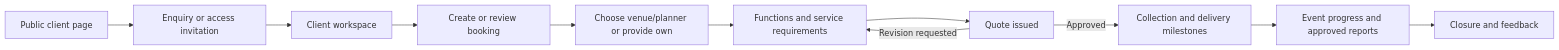
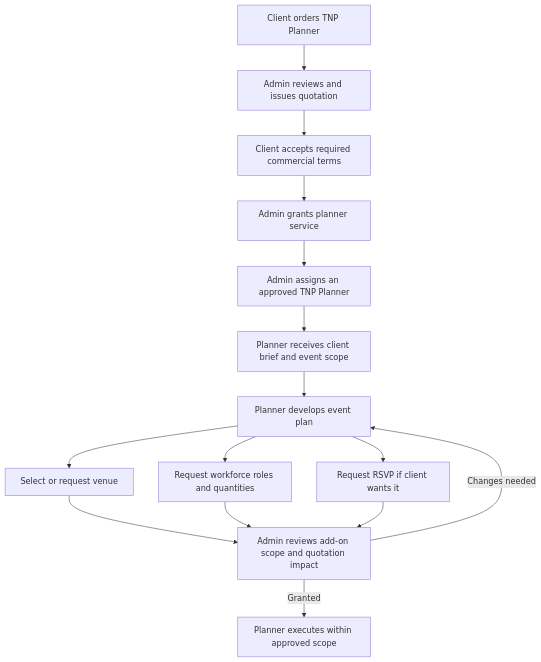
One commit to tejas104/TNP-Hospitality changed the sixth of 12 diagrams in docs/PLATFORM-USAGE-WORKFLOW-BLUEPRINT.md. Above: the diagram before and after it, drawn with Mermaid. The commit also changed other lines of this file and 10 other files, not shown here.

````diff
--- a/docs/PLATFORM-USAGE-WORKFLOW-BLUEPRINT.md
+++ b/docs/PLATFORM-USAGE-WORKFLOW-BLUEPRINT.md
@@ -227,13 +180,17 @@
 ```mermaid
-flowchart LR
-    A[Public client page] --> B[Enquiry or access invitation]
-    B --> C[Client workspace]
-    C --> D[Create or review booking]
-    D --> E[Choose venue/planner or provide own]
-    E --> F[Functions and service requirements]
-    F --> G[Quote issued]
-    G -->|Revision requested| F
-    G -->|Approved| H[Collection and delivery milestones]
-    H --> I[Event progress and approved reports]
-    I --> J[Closure and feedback]
+flowchart TD
+    A[Client orders TNP Planner] --> B[Admin reviews and issues quotation]
+    B --> C[Client accepts required commercial terms]
+    C --> D[Admin grants planner service]
+    D --> E[Admin assigns an approved TNP Planner]
+    E --> F[Planner receives client brief and event scope]
+    F --> G[Planner develops event plan]
+    G --> H[Select or request venue]
+    G --> I[Request workforce roles and quantities]
+    G --> J[Request RSVP if client wants it]
+    H --> K[Admin reviews add-on scope and quotation impact]
+    I --> K
+    J --> K
+    K -->|Granted| L[Planner executes within approved scope]
+    K -->|Changes needed| G
 ```
````
